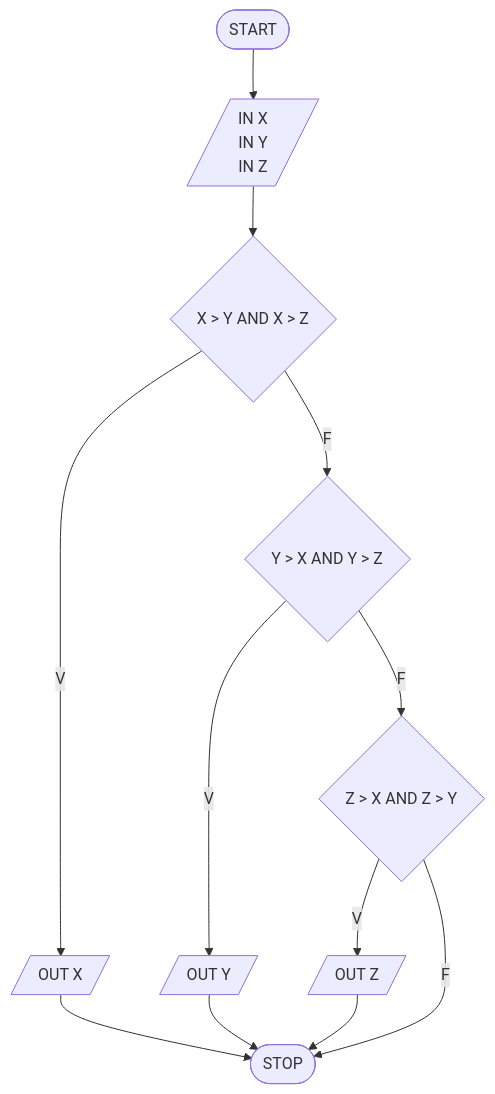
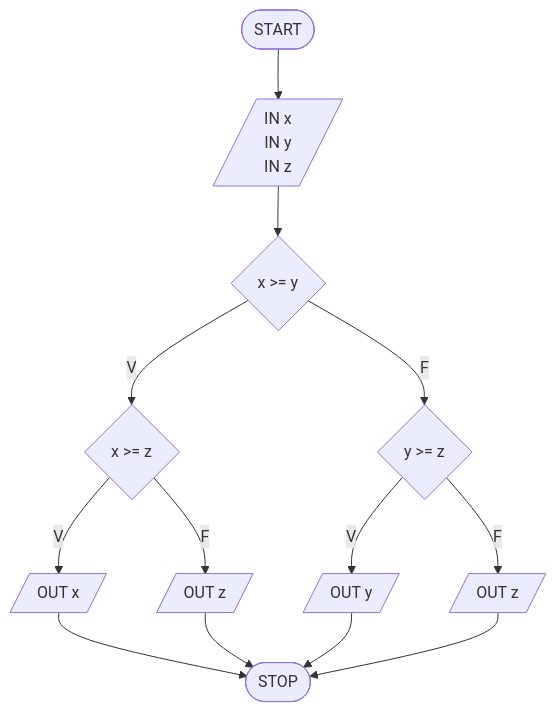
Diagram 13 of 28 in flowcharts_soluzioni.md (pg-laboratorio/flowcharts_laboratorio_esercizi), drawn with Mermaid before and after one commit. The commit also changed other lines of this file, not shown here.

````diff
--- a/flowcharts_soluzioni.md
+++ b/flowcharts_soluzioni.md
@@ -238,15 +269,15 @@
 ```mermaid
 graph TD
-    START([START]) --> INPUT[/IN X<br>IN Y<br>IN Z/]
-    INPUT --> COND1{"X > Y AND X > Z"}
-    COND1 -- V --> OUT_X[/OUT X/]
-    COND1 -- F --> COND2{"Y > X AND Y > Z"}
-    COND2 -- V --> OUT_Y[/OUT Y/]
-    COND2 -- F --> COND3{"Z > X AND Z > Y"}
-    COND3 -- V --> OUT_Z[/OUT Z/]
-    COND3 -- F --> STOP([STOP])
-    OUT_X --> STOP
-    OUT_Y --> STOP
-    OUT_Z --> STOP
-
+    START([START]) --> INPUT[/"IN x<br>IN y<br>IN z"/]
+    INPUT --> C1{"x >= y"}
+    C1 -- V --> C2{"x >= z"}
+    C1 -- F --> C3{"y >= z"}
+    C2 -- V --> OX[/"OUT x"/]
+    C2 -- F --> OZ1[/"OUT z"/]
+    C3 -- V --> OY[/"OUT y"/]
+    C3 -- F --> OZ2[/"OUT z"/]
+    OX --> STOP([STOP])
+    OZ1 --> STOP
+    OY --> STOP
+    OZ2 --> STOP
 ```
````
